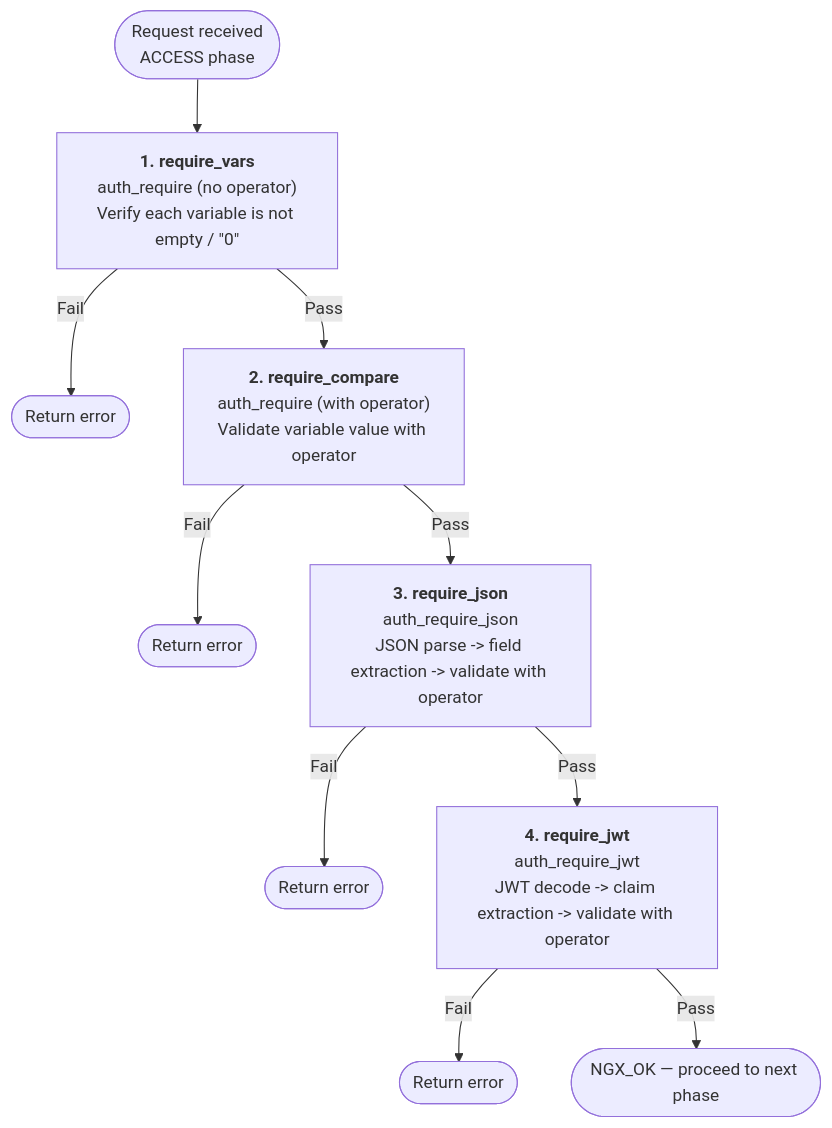
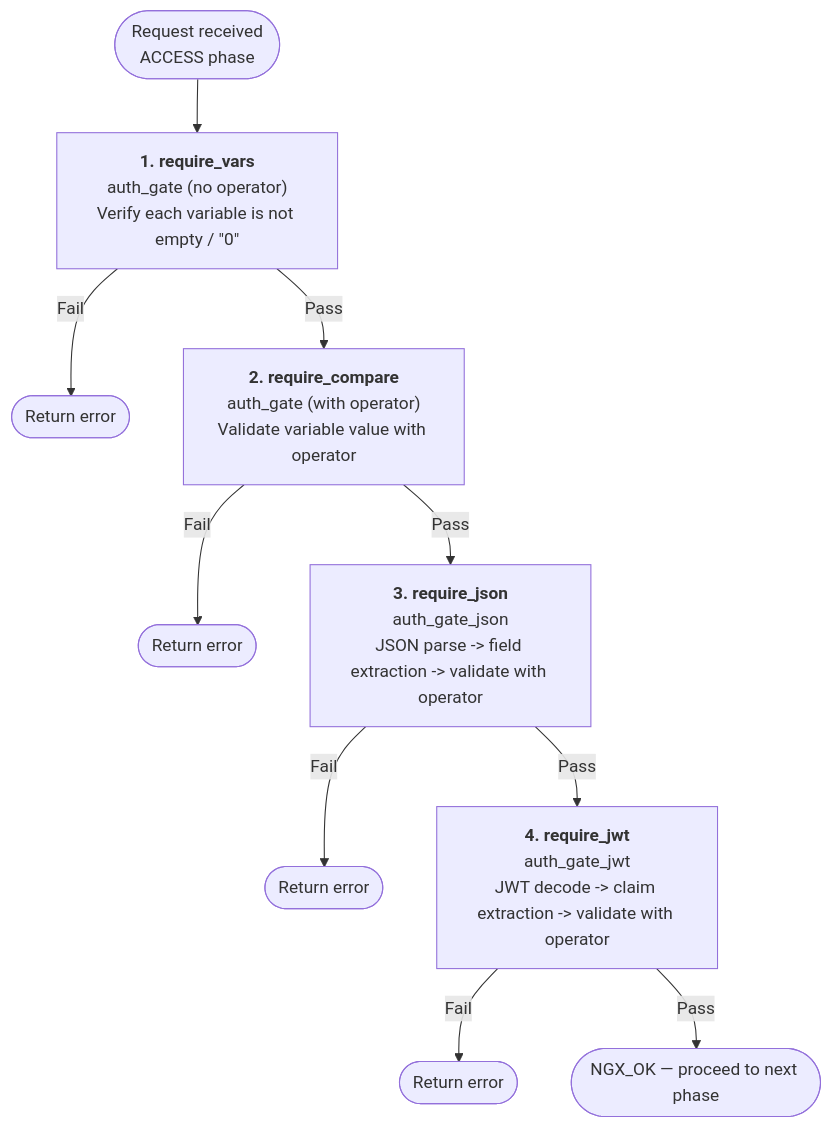
Before and after one commit to kjdev/nginx-auth-gate: the diagram in README.md, drawn with Mermaid. The commit also changed other lines of this file and 6 other files, not shown here.

First line of the commit message:
docs: update documentation for auth_gate rename

````diff
--- a/README.md
+++ b/README.md
@@ -105,30 +90,30 @@
 ```mermaid
 flowchart TD
     Start([Request received<br>ACCESS phase]) --> A
 
     A["`**1. require_vars**
-    auth_require (no operator)
+    auth_gate (no operator)
     Verify each variable is not empty / &quot;0&quot;`"]
     A -->|Fail| A_err([Return error])
     A -->|Pass| B
 
     B["`**2. require_compare**
-    auth_require (with operator)
+    auth_gate (with operator)
     Validate variable value with operator`"]
     B -->|Fail| B_err([Return error])
     B -->|Pass| C
 
     C["`**3. require_json**
-    auth_require_json
+    auth_gate_json
     JSON parse -> field extraction -> validate with operator`"]
     C -->|Fail| C_err([Return error])
     C -->|Pass| D
 
     D["`**4. require_jwt**
-    auth_require_jwt
+    auth_gate_jwt
     JWT decode -> claim extraction -> validate with operator`"]
     D -->|Fail| D_err([Return error])
     D -->|Pass| OK
 
     OK([NGX_OK — proceed to next phase])
 ```
````
